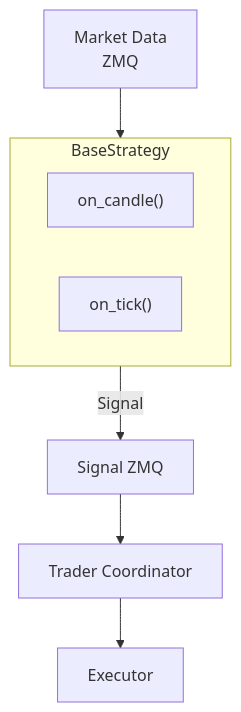
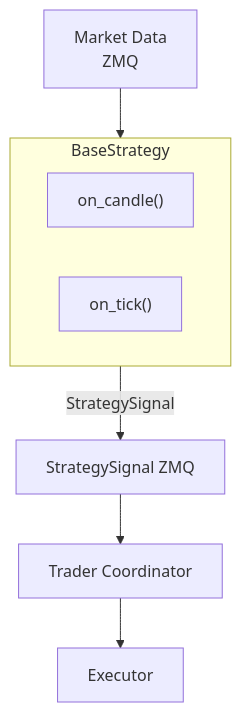
Before and after one commit to mateusz-klatt/snapper: the first of 2 diagrams in docs/strategies.md, drawn with Mermaid. The commit also changed other lines of this file and 130 other files, not shown here.

````diff
--- a/docs/strategies.md
+++ b/docs/strategies.md
@@ -8,13 +8,13 @@
 ```mermaid
 flowchart TB
     MarketData["Market Data<br/>ZMQ"] --> Strategy
 
     subgraph Strategy["BaseStrategy"]
         OnBar["on_candle()"]
         OnTick["on_tick()"]
     end
 
-    Strategy -->|Signal| SignalOut["Signal ZMQ"]
+    Strategy -->|StrategySignal| SignalOut["StrategySignal ZMQ"]
     SignalOut --> Coordinator["Trader Coordinator"]
     Coordinator --> Executor
 ```
````
